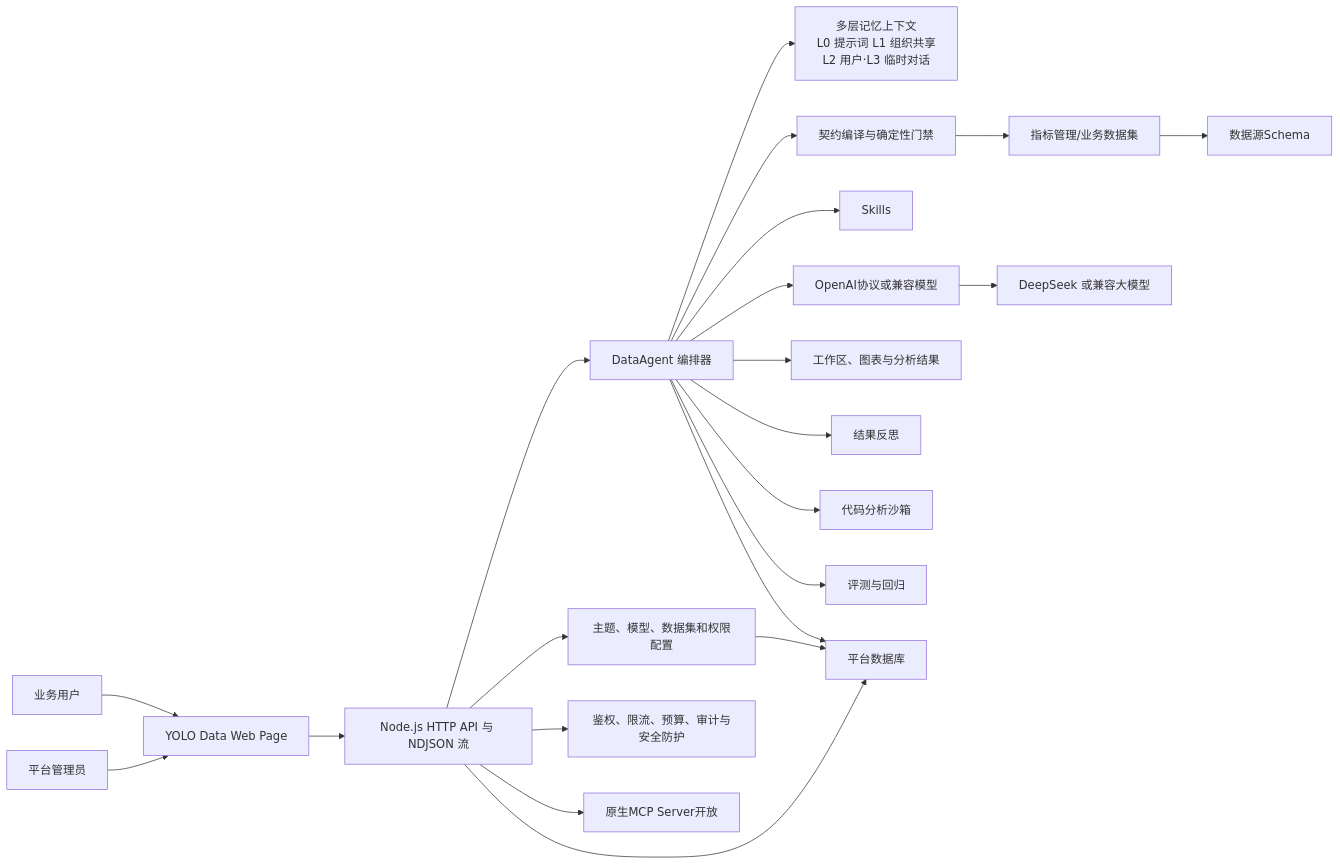
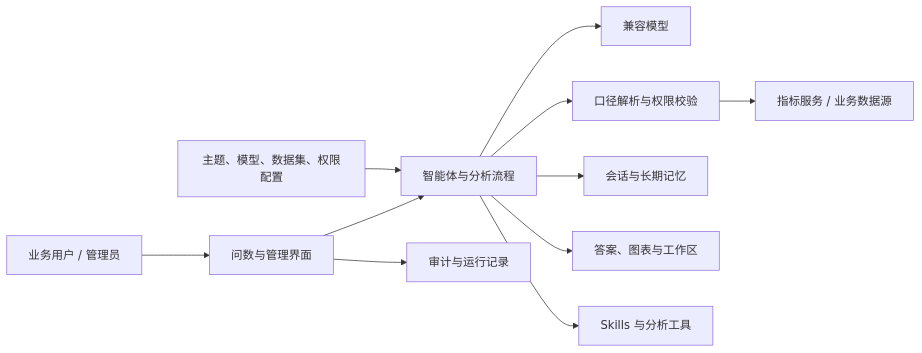
Before and after one commit to BigDataDZ/yolo-data: the diagram in README.md, drawn with Mermaid. The commit also changed other lines of this file, not shown here.

````diff
--- a/README.md
+++ b/README.md
@@ -96,28 +65,13 @@
 ```mermaid
 flowchart LR
-  USER["业务用户"] --> UI["YOLO Data Web Page"]
-  ADMIN["平台管理员"] --> UI
-
-  UI --> API["Node.js HTTP API 与 NDJSON 流"]
-  API --> AGENT["DataAgent 编排器"]
-  API --> CONFIG["主题、模型、数据集和权限配置"]
-
-  MEMORY["多层记忆上下文\nL0 提示词  L1 组织共享 \n L2 用户·L3 临时对话"]
-  AGENT --> MEMORY
-  AGENT --> CONTRACT["契约编译与确定性门禁"]
-  AGENT --> SKILL["Skills"]
-  AGENT --> HARNESS["OpenAI协议或兼容模型"]
-  CONTRACT --> SOURCES["指标管理/业务数据集"]
-  AGENT --> OUTPUT["工作区、图表与分析结果"]
-  AGENT --> REFLECT["结果反思"]
-  API --> GOVERNANCE["鉴权、限流、预算、审计与安全防护"]
-  API --> MCP["原生MCP Server开放"]
-  AGENT --> SANDBOX["代码分析沙箱"]
-  AGENT --> EVAL["评测与回归"]
-
-  HARNESS --> LLM["DeepSeek 或兼容大模型"]
-  SOURCES --> PLATFORM["数据源Schema"]
-  API --> DB["平台数据库"]
-  AGENT --> DB
-  CONFIG --> DB
+  USER["业务用户 / 管理员"] --> UI["问数与管理界面"]
+  UI --> AGENT["智能体与分析流程"]
+  ADMIN["主题、模型、数据集、权限配置"] --> AGENT
+  AGENT --> LLM["兼容模型"]
+  AGENT --> GATE["口径解析与权限校验"]
+  GATE --> DATA["指标服务 / 业务数据源"]
+  AGENT --> MEMORY["会话与长期记忆"]
+  AGENT --> OUTPUT["答案、图表与工作区"]
+  AGENT --> SKILL["Skills 与分析工具"]
+  UI --> OPS["审计与运行记录"]
 ```
````
